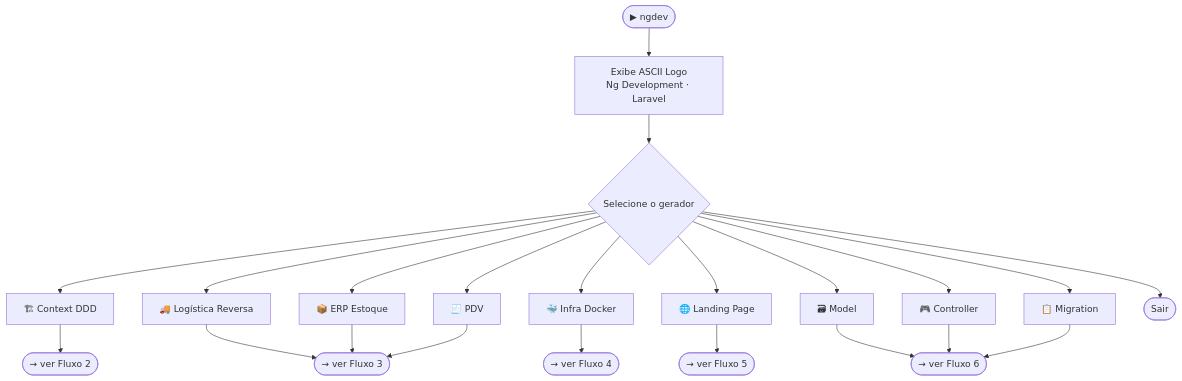
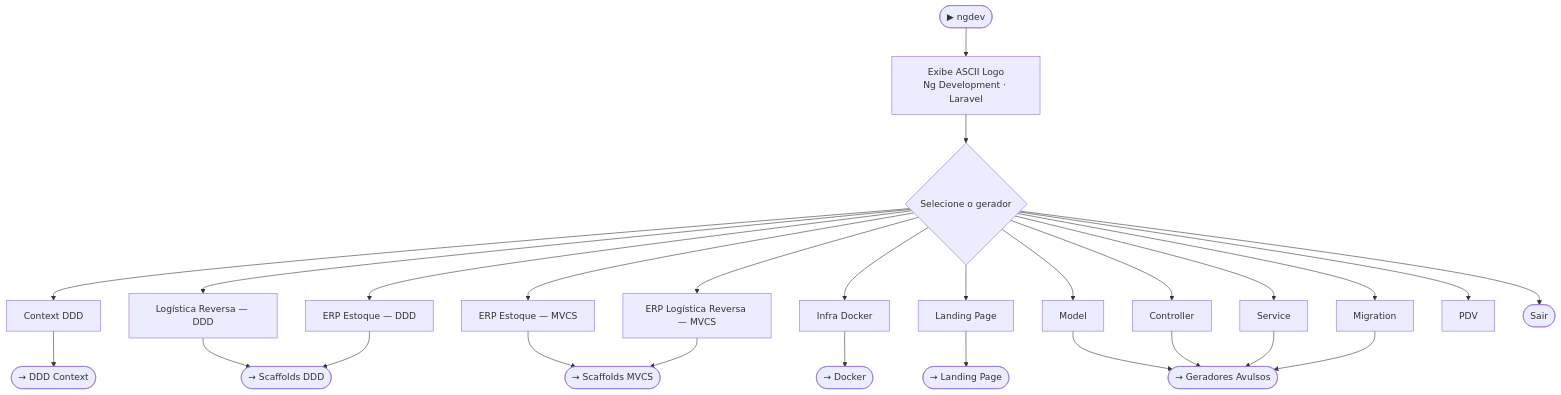
One commit to NicholasGDev/ngdev-laravel changed the first of 7 diagrams in README.md. Above: the diagram before and after it, drawn with Mermaid. The commit also changed other lines of this file and 1 other file, not shown here.

Commit message:
fix: update context architecture title to reflect ngdev Laravel

````diff
--- a/README.md
+++ b/README.md
@@ -129,22 +145,26 @@
 ```mermaid
 flowchart TD
     START([▶ ngdev]) --> LOGO[Exibe ASCII Logo\nNg Development · Laravel]
     LOGO --> MENU{Selecione o gerador}
 
-    MENU --> G1[🏗 Context DDD]
-    MENU --> G2[🚚 Logística Reversa]
-    MENU --> G3[📦 ERP Estoque]
-    MENU --> G4[🐳 Infra Docker]
-    MENU --> G5[🌐 Landing Page]
-    MENU --> G6[🗃 Model]
-    MENU --> G7[🎮 Controller]
-    MENU --> G8[📋 Migration]
-    MENU --> G9[🧾 PDV]
+    MENU --> G1[Context DDD]
+    MENU --> G2[Logística Reversa — DDD]
+    MENU --> G3[ERP Estoque — DDD]
+    MENU --> G4[ERP Estoque — MVCS]
+    MENU --> G5[ERP Logística Reversa — MVCS]
+    MENU --> G6[Infra Docker]
+    MENU --> G7[Landing Page]
+    MENU --> G8[Model]
+    MENU --> G9[Controller]
+    MENU --> G10[Service]
+    MENU --> G11[Migration]
+    MENU --> G12[PDV]
     MENU --> EXIT([Sair])
 
-    G1 --> FLOW_CTX([→ ver Fluxo 2])
-    G2 & G3 & G9 --> FLOW_SC([→ ver Fluxo 3])
-    G4 --> FLOW_DOC([→ ver Fluxo 4])
-    G5 --> FLOW_LP([→ ver Fluxo 5])
-    G6 & G7 & G8 --> FLOW_ART([→ ver Fluxo 6])
+    G1 --> CTX([→ DDD Context])
+    G2 & G3 --> DDD([→ Scaffolds DDD])
+    G4 & G5 --> MVCS([→ Scaffolds MVCS])
+    G6 --> DOC([→ Docker])
+    G7 --> LP([→ Landing Page])
+    G8 & G9 & G10 & G11 --> ART([→ Geradores Avulsos])
 ```
````
